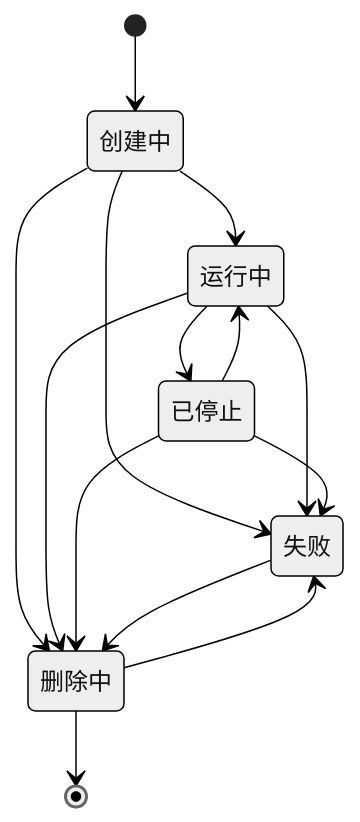
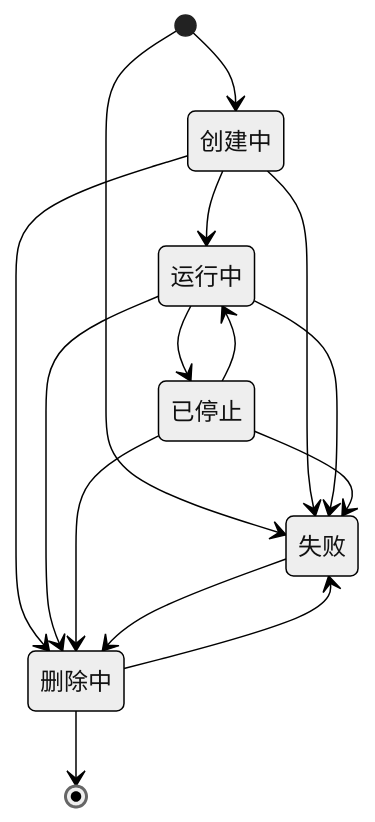
The first of 4 diagrams in src/state-machine.md (ExplodingDragon/gitea-dev), drawn with Mermaid (neutral theme) before and after one commit. The commit also changed other lines of this file and 9 other files, not shown here.

````diff
--- a/src/state-machine.md
+++ b/src/state-machine.md
@@ -37,24 +42,25 @@
 ```mermaid
 stateDiagram-v2
     direction TB
 
     creating: 创建中
     running: 运行中
     stopped: 已停止
     deleting: 删除中
     failed: 失败
 
     [*] --> creating
+    [*] --> failed
     creating --> running
     creating --> failed
     running --> stopped
     running --> failed
     stopped --> running
     stopped --> failed
     creating --> deleting
     running --> deleting
     stopped --> deleting
     failed --> deleting
     deleting --> [*]
     deleting --> failed
 ```
````
